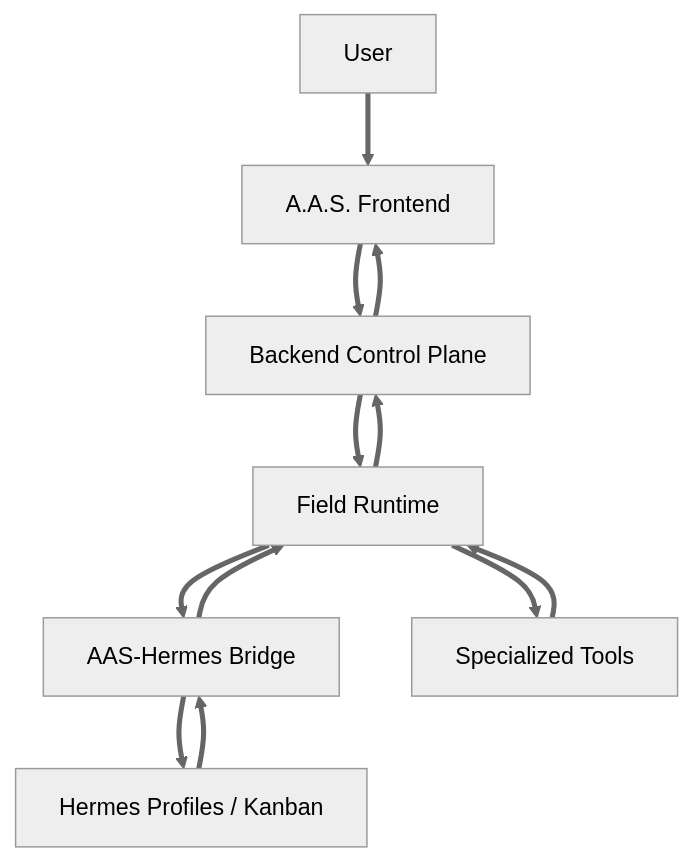
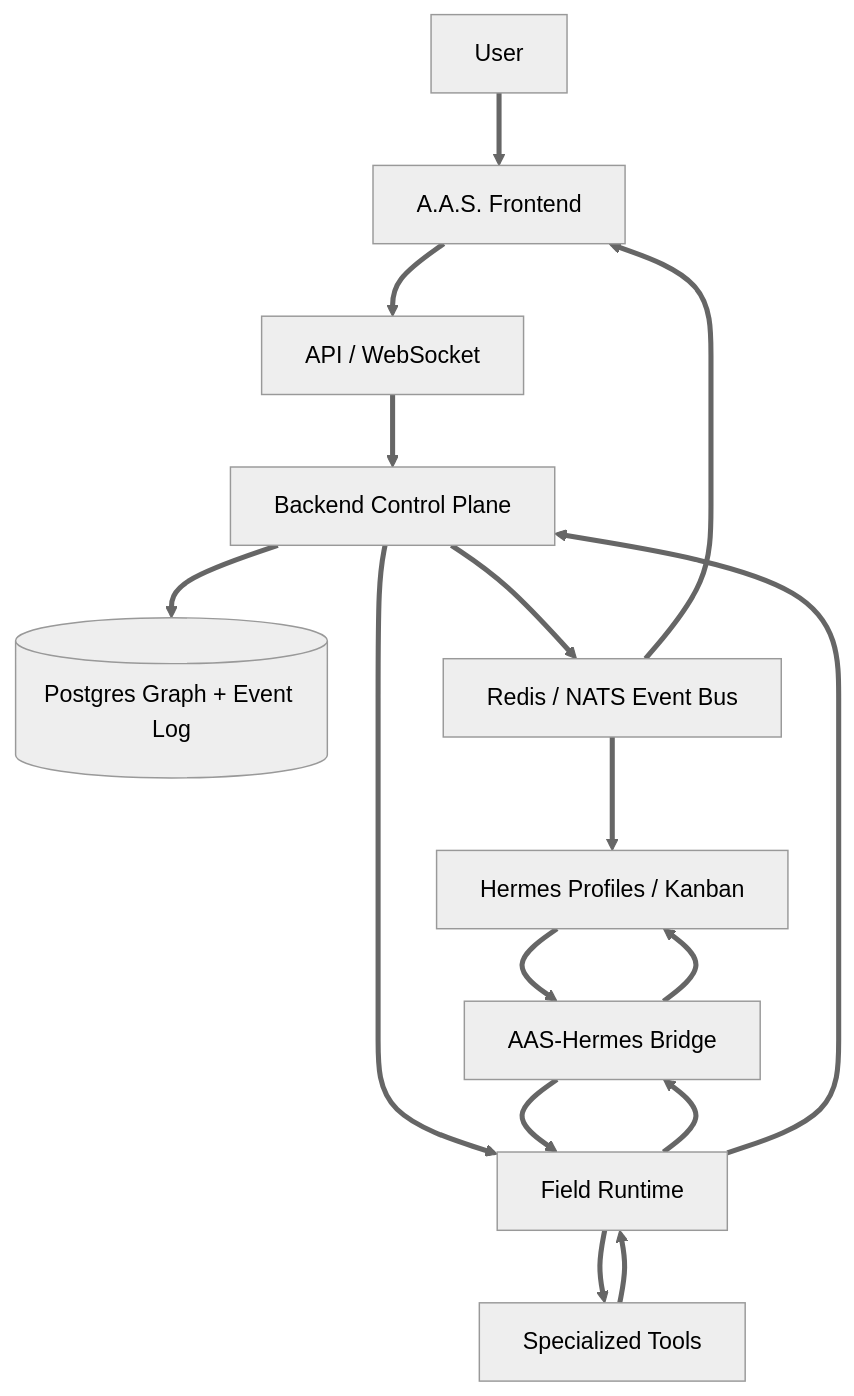
The first of 2 diagrams in content/chapter-2.3.md (nyandesigns0/openclaw-guide), drawn with Mermaid (neutral theme) before and after one commit. The commit also changed other lines of this file and 12 other files, not shown here.

Commit message:
docs: update chapters 1.1, 1.2, 2.1, 2.2, and 3.1 to refine A.A.S. Field Runtime architecture, enhance design ontology, and clarify workspace functionalities

````diff
--- a/content/chapter-2.3.md
+++ b/content/chapter-2.3.md
@@ -28,15 +28,19 @@
 ```mermaid
 %%{init: {'flowchart': {'arrowMarkerSize': 1.5}}}%%
 flowchart TD
     U[User] ==> FE[A.A.S. Frontend]
-    FE ==> BE[Backend Control Plane]
+    FE ==> API[API / WebSocket]
+    API ==> BE[Backend Control Plane]
+    BE ==> PG[(Postgres Graph + Event Log)]
+    BE ==> BUS[Redis / NATS Event Bus]
     BE ==> FR[Field Runtime]
     FR ==> HB[AAS-Hermes Bridge]
     HB ==> HE[Hermes Profiles / Kanban]
     HE ==> HB
     HB ==> FR
     FR ==> TOOLS[Specialized Tools]
     TOOLS ==> FR
     FR ==> BE
-    BE ==> FE
+    BUS ==> FE
+    BUS ==> HE
 ```
````
